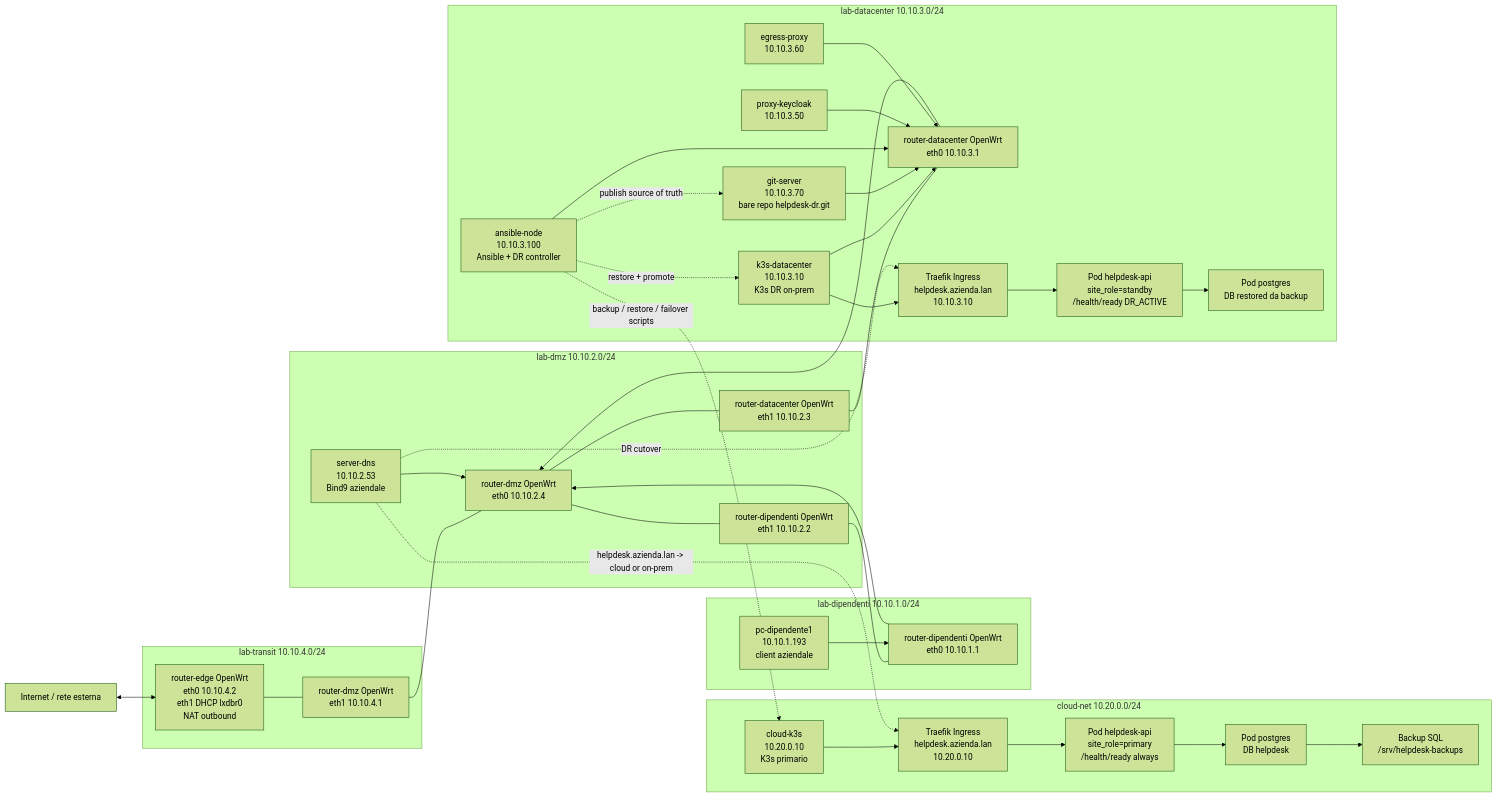
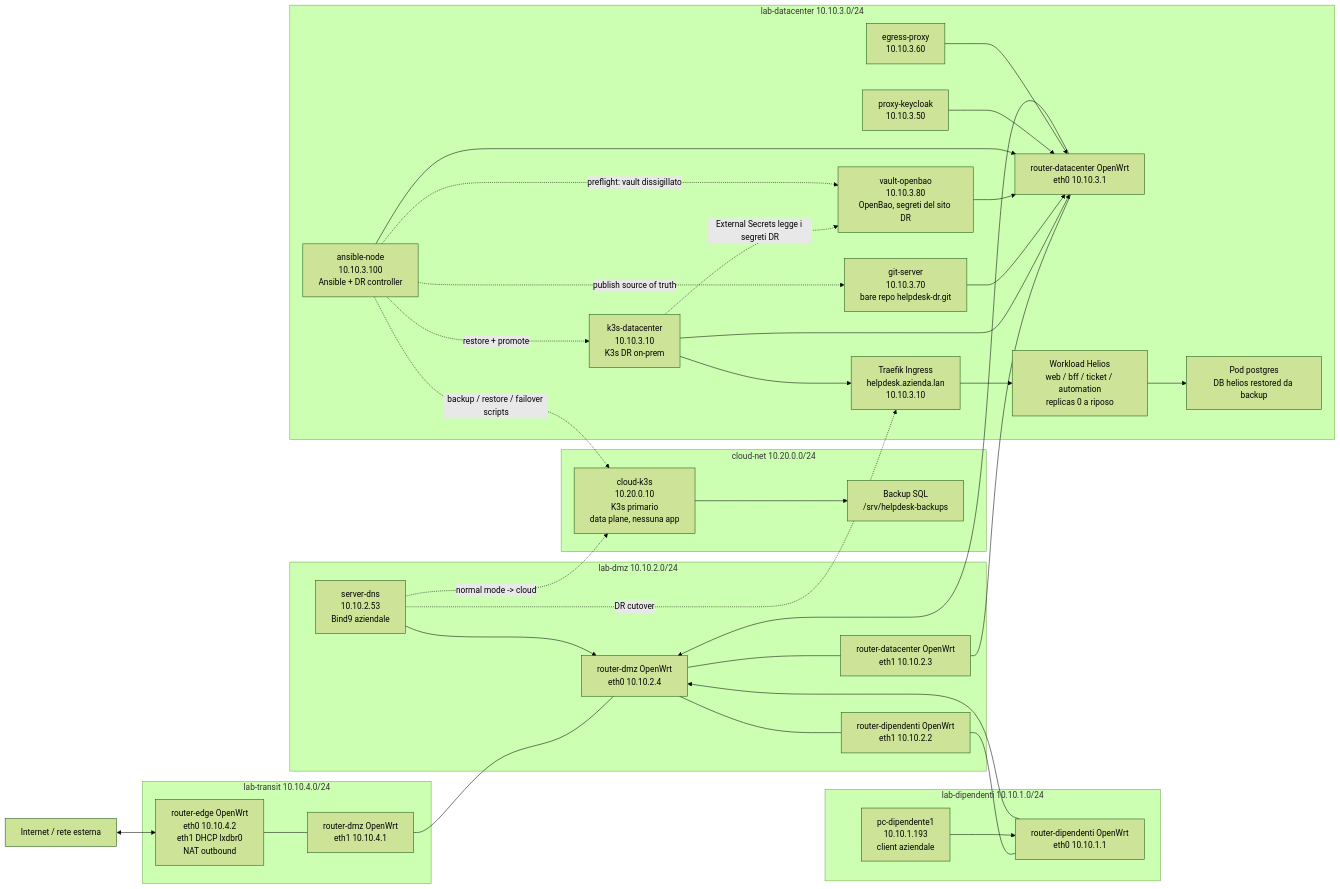
One commit to LucaCatalano23/MultiCloud-strategy---Reverse-DR changed the first of 4 diagrams in automazione/topologia-progetto.md. Above: the diagram before and after it, drawn with Mermaid (forest theme). The commit also changed other lines of this file and 73 other files, not shown here.

````diff
--- a/automazione/topologia-progetto.md
+++ b/automazione/topologia-progetto.md
@@ -9,72 +9,70 @@
 ```mermaid
 flowchart LR
   internet["Internet / rete esterna"]
 
   subgraph cloudnet["cloud-net 10.20.0.0/24"]
-    cloudk3s["cloud-k3s\n10.20.0.10\nK3s primario"]
-    clouding["Traefik Ingress\nhelpdesk.azienda.lan\n10.20.0.10"]
-    cloudapi["Pod helpdesk-api\nsite_role=primary\n/health/ready always"]
-    cloudpg["Pod postgres\nDB helpdesk"]
+    cloudk3s["cloud-k3s\n10.20.0.10\nK3s primario\ndata plane, nessuna app"]
     cloudbackup["Backup SQL\n/srv/helpdesk-backups"]
-    cloudk3s --> clouding
-    clouding --> cloudapi
-    cloudapi --> cloudpg
-    cloudpg --> cloudbackup
+    cloudk3s --> cloudbackup
   end
 
   subgraph transit["lab-transit 10.10.4.0/24"]
     redge["router-edge OpenWrt\neth0 10.10.4.2\neth1 DHCP lxdbr0\nNAT outbound"]
     rdmz_t["router-dmz OpenWrt\neth1 10.10.4.1"]
   end
 
   subgraph dmz["lab-dmz 10.10.2.0/24"]
     rdmz["router-dmz OpenWrt\neth0 10.10.2.4"]
     rdip_d["router-dipendenti OpenWrt\neth1 10.10.2.2"]
     rdc_d["router-datacenter OpenWrt\neth1 10.10.2.3"]
     dns["server-dns\n10.10.2.53\nBind9 aziendale"]
   end
 
   subgraph dip["lab-dipendenti 10.10.1.0/24"]
     rdip["router-dipendenti OpenWrt\neth0 10.10.1.1"]
     pc1["pc-dipendente1\n10.10.1.193\nclient aziendale"]
   end
 
   subgraph dc["lab-datacenter 10.10.3.0/24"]
     rdc["router-datacenter OpenWrt\neth0 10.10.3.1"]
     onpremk3s["k3s-datacenter\n10.10.3.10\nK3s DR on-prem"]
     keycloak["proxy-keycloak\n10.10.3.50"]
     egress["egress-proxy\n10.10.3.60"]
     git["git-server\n10.10.3.70\nbare repo helpdesk-dr.git"]
+    vault["vault-openbao\n10.10.3.80\nOpenBao, segreti del sito DR"]
     ansible["ansible-node\n10.10.3.100\nAnsible + DR controller"]
     onpreming["Traefik Ingress\nhelpdesk.azienda.lan\n10.10.3.10"]
-    onpremapi["Pod helpdesk-api\nsite_role=standby\n/health/ready DR_ACTIVE"]
-    onprempg["Pod postgres\nDB restored da backup"]
+    onpremapp["Workload Helios\nweb / bff / ticket / automation\nreplicas 0 a riposo"]
+    onprempg["Pod postgres\nDB helios restored da backup"]
     onpremk3s --> onpreming
-    onpreming --> onpremapi
-    onpremapi --> onprempg
+    onpreming --> onpremapp
+    onpremapp --> onprempg
   end
 
   internet <--> redge
   redge --- rdmz_t
   rdmz_t --- rdmz
   rdmz --- rdip_d
   rdmz --- rdc_d
   rdip_d --- rdip
   rdc_d --- rdc
 
   pc1 --> rdip
   rdip --> rdmz
   rdc --> rdmz
   onpremk3s --> rdc
   git --> rdc
+  vault --> rdc
   ansible --> rdc
   keycloak --> rdc
   egress --> rdc
   dns --> rdmz
 
+  onpremk3s -. "External Secrets legge i segreti DR" .-> vault
   ansible -. "publish source of truth" .-> git
   ansible -. "backup / restore / failover scripts" .-> cloudk3s
   ansible -. "restore + promote" .-> onpremk3s
-  dns -. "helpdesk.azienda.lan -> cloud or on-prem" .-> clouding
+  ansible -. "preflight: vault dissigillato" .-> vault
+  dns -. "normal mode -> cloud" .-> cloudk3s
   dns -. "DR cutover" .-> onpreming
 ```
````
